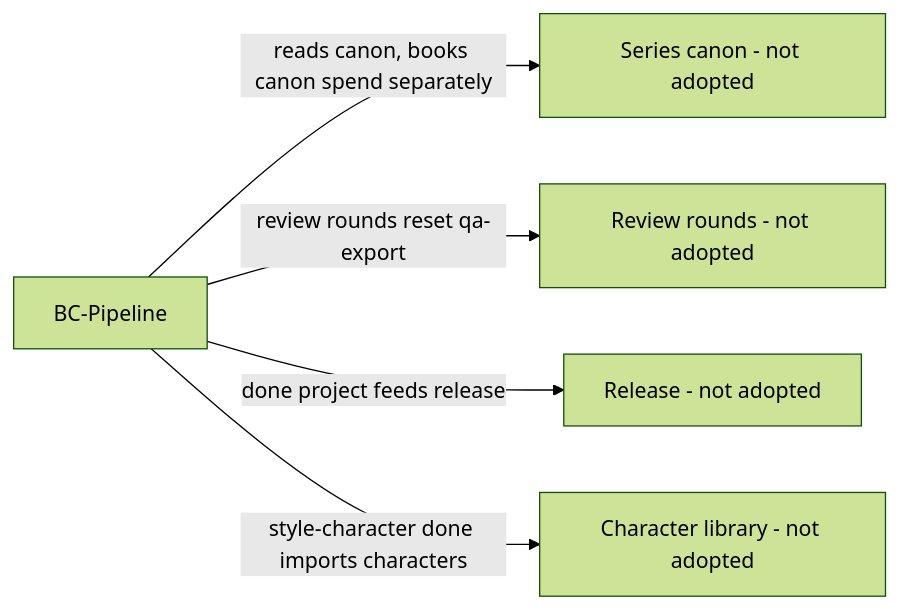
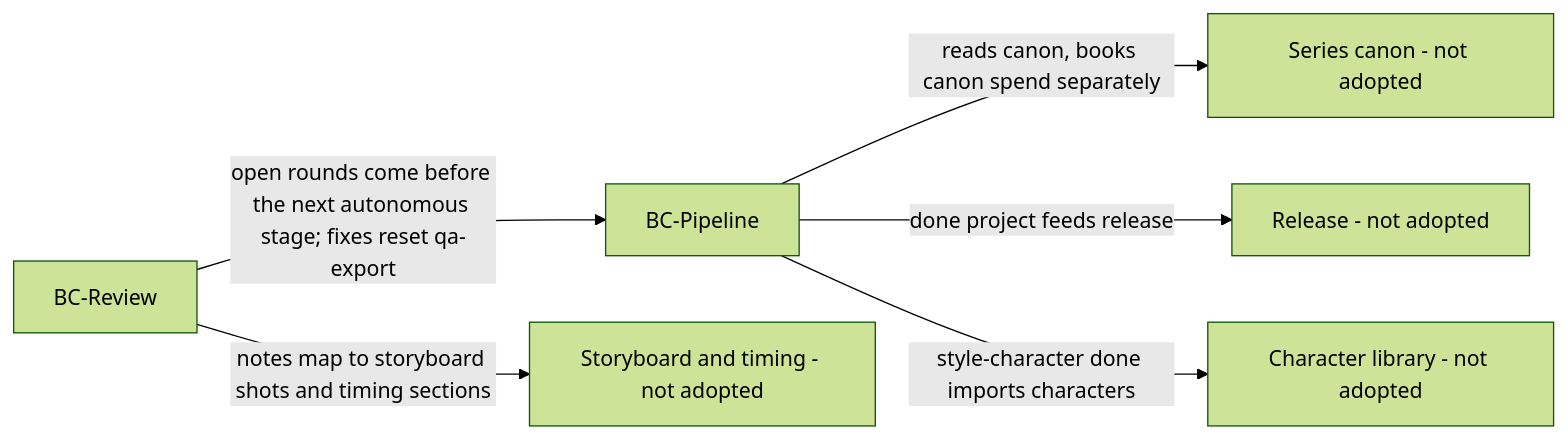
Before and after one commit to hemi1986/coreslopper: the diagram in docs/domain/context-map.as-is.md, drawn with Mermaid (forest theme). The commit also changed other lines of this file and 11 other files, not shown here.

````diff
--- a/docs/domain/context-map.as-is.md
+++ b/docs/domain/context-map.as-is.md
@@ -9,7 +9,8 @@
 ```mermaid
 flowchart LR
   BC-Pipeline -->|reads canon, books canon spend separately| Series[Series canon - not adopted]
-  BC-Pipeline -->|review rounds reset qa-export| Review[Review rounds - not adopted]
+  BC-Review -->|open rounds come before the next autonomous stage; fixes reset qa-export| BC-Pipeline
+  BC-Review -->|notes map to storyboard shots and timing sections| Storyboard[Storyboard and timing - not adopted]
   BC-Pipeline -->|done project feeds release| Release[Release - not adopted]
   BC-Pipeline -->|style-character done imports characters| Library[Character library - not adopted]
 ```
````
